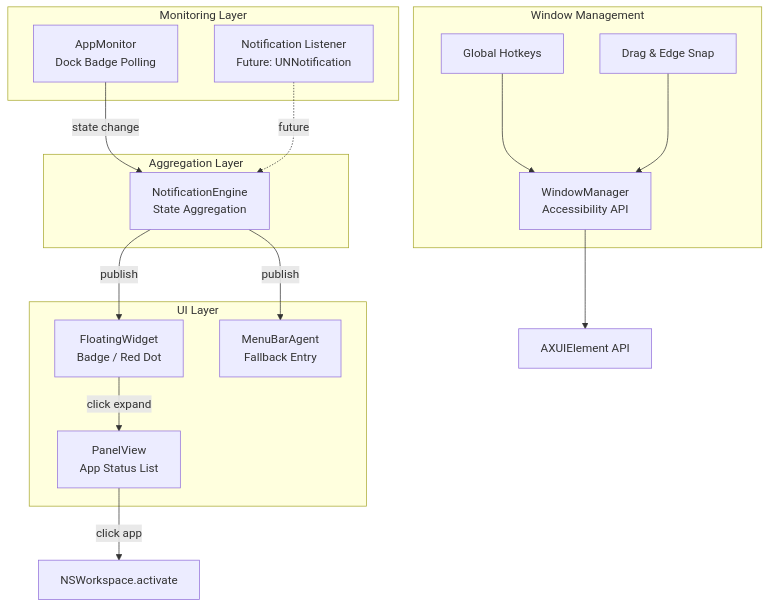
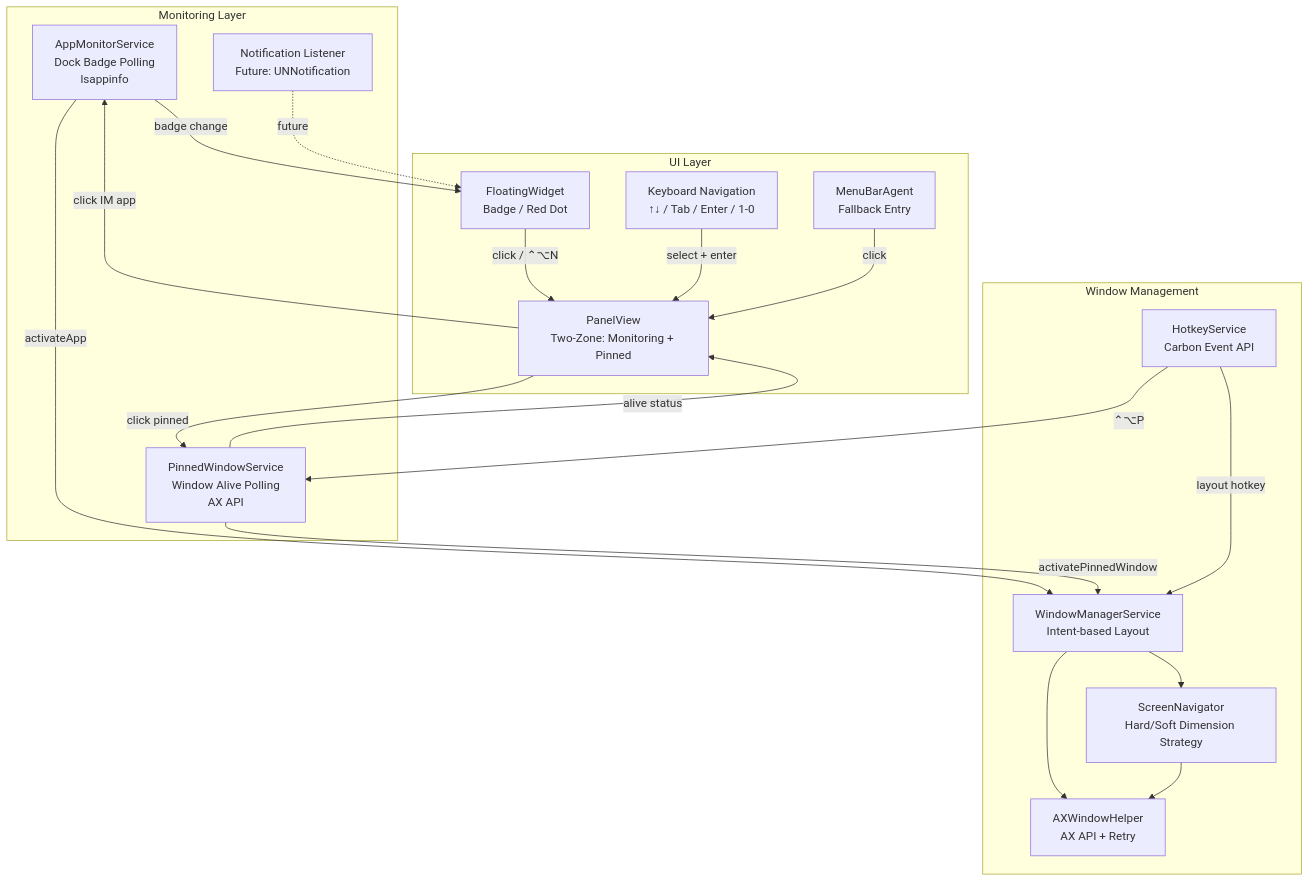
Before and after one commit to MickMi/narc_for_mac: the second of 2 diagrams in docs/architecture.md, drawn with Mermaid. The commit also changed other lines of this file and 5 other files, not shown here.

Commit message:
feat(window): intent-based layout, Electron resilience, native fullscreen support

````diff
--- a/docs/architecture.md
+++ b/docs/architecture.md
@@ -62,33 +80,38 @@
 ```mermaid
 flowchart TB
     subgraph Monitoring ["Monitoring Layer"]
-        AM[AppMonitor<br/>Dock Badge Polling]
+        AM[AppMonitorService<br/>Dock Badge Polling<br/>lsappinfo]
+        PWS[PinnedWindowService<br/>Window Alive Polling<br/>AX API]
         NL[Notification Listener<br/>Future: UNNotification]
-    end
-
-    subgraph Engine ["Aggregation Layer"]
-        NE[NotificationEngine<br/>State Aggregation]
     end
 
     subgraph UI ["UI Layer"]
         FW[FloatingWidget<br/>Badge / Red Dot]
-        PV[PanelView<br/>App Status List]
+        PV[PanelView<br/>Two-Zone: Monitoring + Pinned]
+        KB[Keyboard Navigation<br/>↑↓ / Tab / Enter / 1-0]
         MB[MenuBarAgent<br/>Fallback Entry]
     end
 
     subgraph WindowMgmt ["Window Management"]
-        WM[WindowManager<br/>Accessibility API]
-        HK[Global Hotkeys]
-        DE[Drag & Edge Snap]
+        WM[WindowManagerService<br/>Intent-based Layout]
+        SN[ScreenNavigator<br/>Hard/Soft Dimension Strategy]
+        HK[HotkeyService<br/>Carbon Event API]
+        AX[AXWindowHelper<br/>AX API + Retry]
     end
 
-    AM -->|state change| NE
-    NL -.->|future| NE
-    NE -->|publish| FW
-    NE -->|publish| MB
-    FW -->|click expand| PV
-    PV -->|click app| ActivateApp[NSWorkspace.activate]
-    HK --> WM
-    DE --> WM
-    WM --> AXUIElement[AXUIElement API]
+    AM -->|badge change| FW
+    PWS -->|alive status| PV
+    NL -.->|future| FW
+    FW -->|click / ⌃⌥N| PV
+    PV -->|click IM app| AM
+    AM -->|activateApp| WM
+    PV -->|click pinned| PWS
+    PWS -->|activatePinnedWindow| WM
+    KB -->|select + enter| PV
+    MB -->|click| PV
+    HK -->|layout hotkey| WM
+    HK -->|⌃⌥P| PWS
+    WM --> SN
+    WM --> AX
+    SN --> AX
 ```
````
